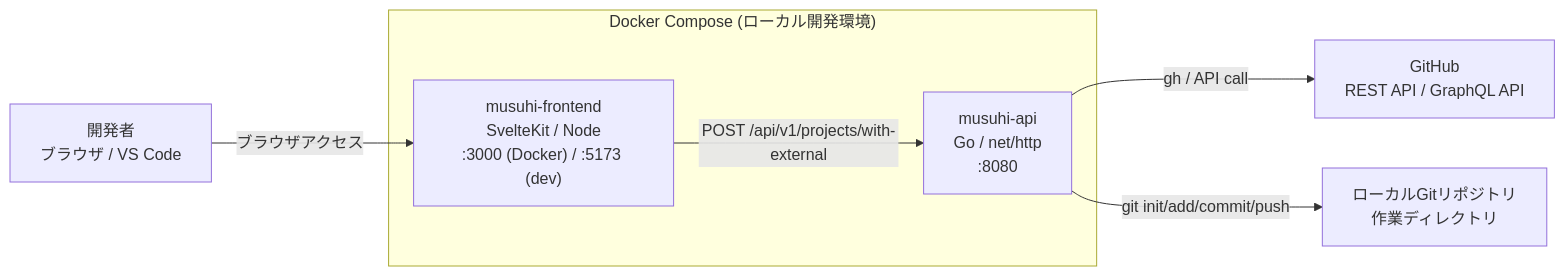
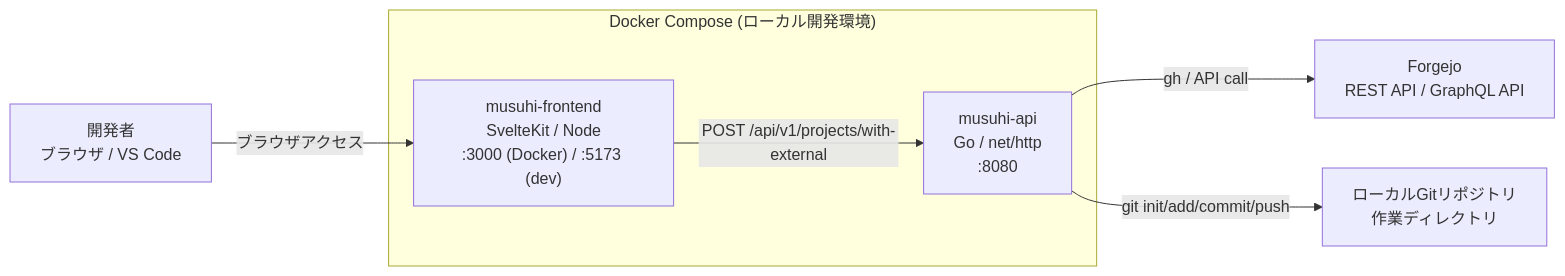
One commit to BossApe/lo-vibe changed the diagram in _document/003.設計・開発・テストフェーズ/003.設計/FR-003.GitHubリポジトリ作成・initial-push/FR-003.インフラ構成図.md. Above: the diagram before and after it, drawn with Mermaid. The commit also changed other lines of this file and 38 other files, not shown here.

````diff
--- a/_document/003.設計・開発・テストフェーズ/003.設計/FR-003.GitHubリポジトリ作成・initial-push/FR-003.インフラ構成図.md
+++ b/_document/003.設計・開発・テストフェーズ/003.設計/FR-003.GitHubリポジトリ作成・initial-push/FR-003.インフラ構成図.md
@@ -9,17 +9,17 @@
 ```mermaid
 flowchart LR
   Dev["開発者<br/>ブラウザ / VS Code"]
 
   subgraph DockerCompose["Docker Compose (ローカル開発環境)"]
     UI["musuhi-frontend<br/>SvelteKit / Node<br/>:3000 (Docker) / :5173 (dev)"]
     API["musuhi-api<br/>Go / net/http<br/>:8080"]
   end
 
-  GitHub["GitHub<br/>REST API / GraphQL API"]
+  Forgejo["Forgejo<br/>REST API / GraphQL API"]
   GitLocal["ローカルGitリポジトリ<br/>作業ディレクトリ"]
 
   Dev -->|ブラウザアクセス| UI
   UI -->|POST /api/v1/projects/with-external| API
-  API -->|gh / API call| GitHub
+  API -->|gh / API call| Forgejo
   API -->|git init/add/commit/push| GitLocal
 ```
````
